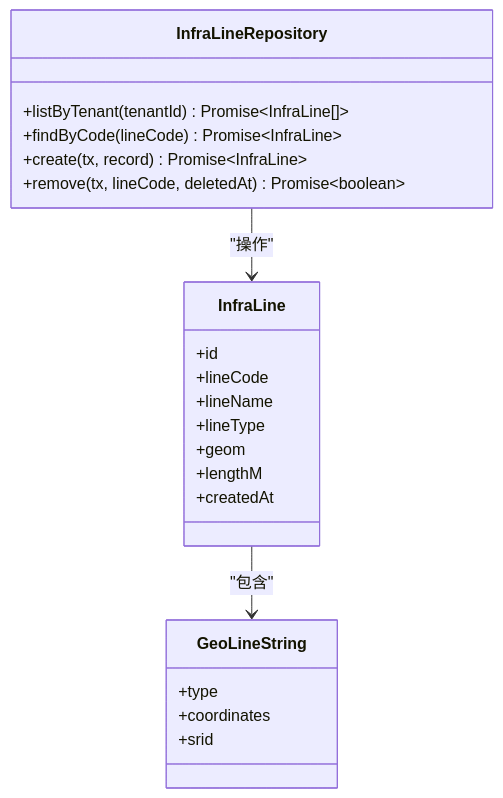
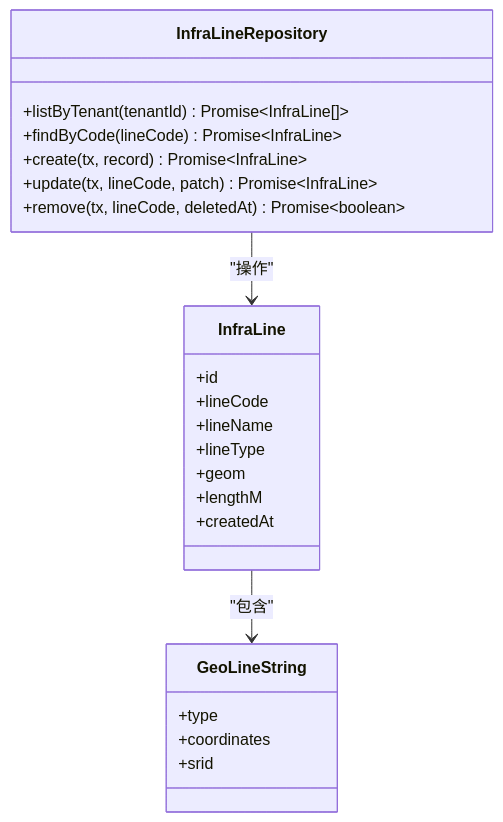
The ninth of 14 diagrams in .qoder/repowiki/zh/content/前端应用文档/API集成.md (q446328246/agri-platform), drawn with Mermaid before and after one commit. The commit also changed other lines of this file and 39 other files, not shown here.

````diff
--- a/.qoder/repowiki/zh/content/前端应用文档/API集成.md
+++ b/.qoder/repowiki/zh/content/前端应用文档/API集成.md
@@ -306,25 +372,26 @@
 ```mermaid
 classDiagram
 class InfraLineRepository {
 +listByTenant(tenantId) Promise~InfraLine[]~
 +findByCode(lineCode) Promise~InfraLine~
 +create(tx, record) Promise~InfraLine~
++update(tx, lineCode, patch) Promise~InfraLine~
 +remove(tx, lineCode, deletedAt) Promise~boolean~
 }
 class InfraLine {
 +id
 +lineCode
 +lineName
 +lineType
 +geom
 +lengthM
 +createdAt
 }
 class GeoLineString {
 +type
 +coordinates
 +srid
 }
 InfraLineRepository --> InfraLine : "操作"
 InfraLine --> GeoLineString : "包含"
 ```
````
